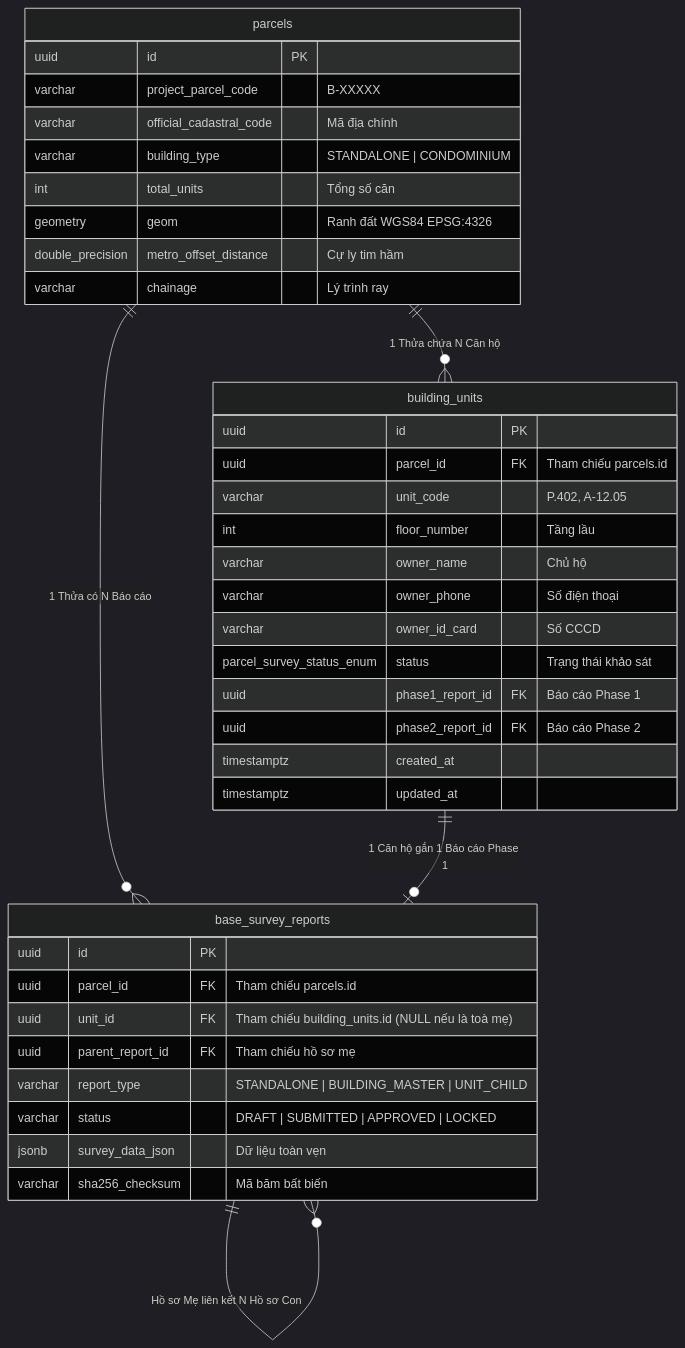
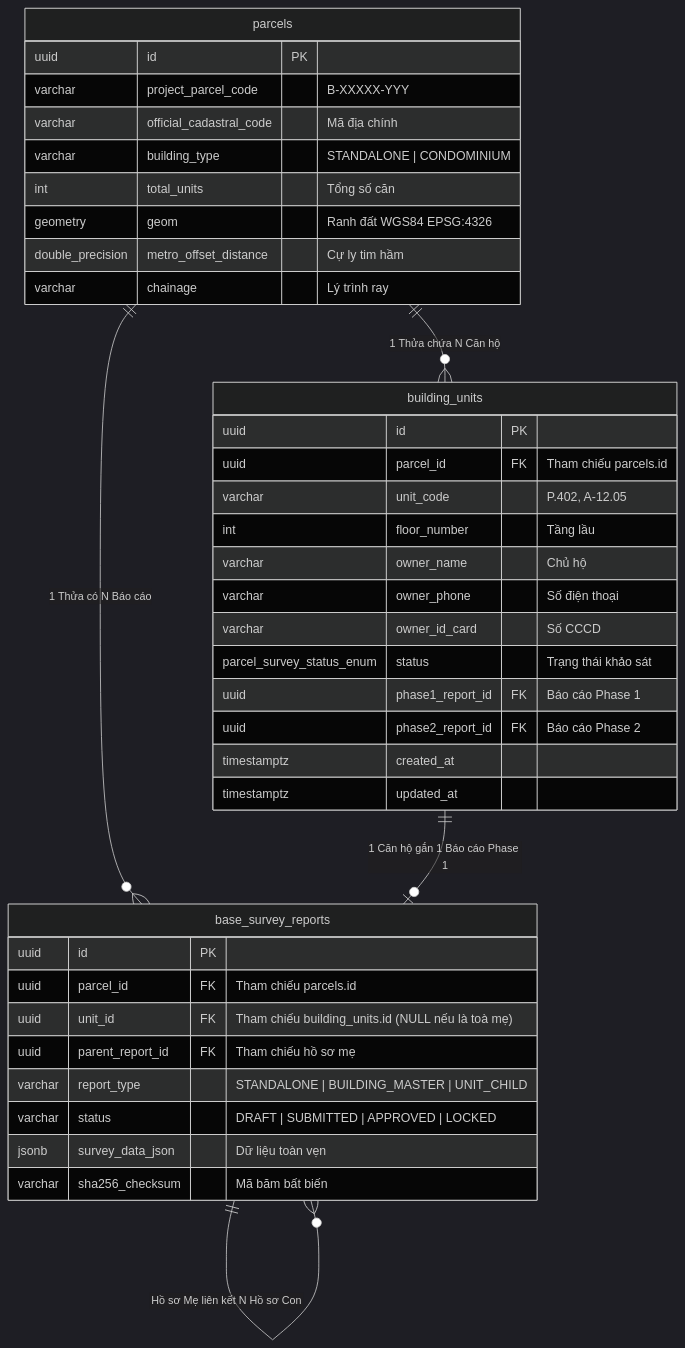
Before and after one commit to Vqd2k6/BCR-System: the first of 2 diagrams in docs/spec_chung_cu/04_DATABASE_API_AND_STATE_MACHINE.md, drawn with Mermaid (dark theme). The commit also changed other lines of this file and 5 other files, not shown here.

Commit message:
docs(condo): standardize B-XXXXX-YYY parcel code and redefine full master survey pipeline

````diff
--- a/docs/spec_chung_cu/04_DATABASE_API_AND_STATE_MACHINE.md
+++ b/docs/spec_chung_cu/04_DATABASE_API_AND_STATE_MACHINE.md
@@ -18,44 +18,44 @@
 ```mermaid
 erDiagram
     parcels ||--o{ building_units : "1 Thửa chứa N Căn hộ"
     parcels ||--o{ base_survey_reports : "1 Thửa có N Báo cáo"
     building_units ||--o| base_survey_reports : "1 Căn hộ gắn 1 Báo cáo Phase 1"
     base_survey_reports ||--o{ base_survey_reports : "Hồ sơ Mẹ liên kết N Hồ sơ Con"
 
     parcels {
         uuid id PK
-        varchar project_parcel_code "B-XXXXX"
+        varchar project_parcel_code "B-XXXXX-YYY"
         varchar official_cadastral_code "Mã địa chính"
         varchar building_type "STANDALONE | CONDOMINIUM"
         int total_units "Tổng số căn"
         geometry geom "Ranh đất WGS84 EPSG:4326"
         double_precision metro_offset_distance "Cự ly tim hầm"
         varchar chainage "Lý trình ray"
     }
 
     building_units {
         uuid id PK
         uuid parcel_id FK "Tham chiếu parcels.id"
         varchar unit_code "P.402, A-12.05"
         int floor_number "Tầng lầu"
         varchar owner_name "Chủ hộ"
         varchar owner_phone "Số điện thoại"
         varchar owner_id_card "Số CCCD"
         parcel_survey_status_enum status "Trạng thái khảo sát"
         uuid phase1_report_id FK "Báo cáo Phase 1"
         uuid phase2_report_id FK "Báo cáo Phase 2"
         timestamptz created_at
         timestamptz updated_at
     }
 
     base_survey_reports {
         uuid id PK
         uuid parcel_id FK "Tham chiếu parcels.id"
         uuid unit_id FK "Tham chiếu building_units.id (NULL nếu là toà mẹ)"
         uuid parent_report_id FK "Tham chiếu hồ sơ mẹ"
         varchar report_type "STANDALONE | BUILDING_MASTER | UNIT_CHILD"
         varchar status "DRAFT | SUBMITTED | APPROVED | LOCKED"
         jsonb survey_data_json "Dữ liệu toàn vẹn"
         varchar sha256_checksum "Mã băm bất biến"
     }
 ```
````
